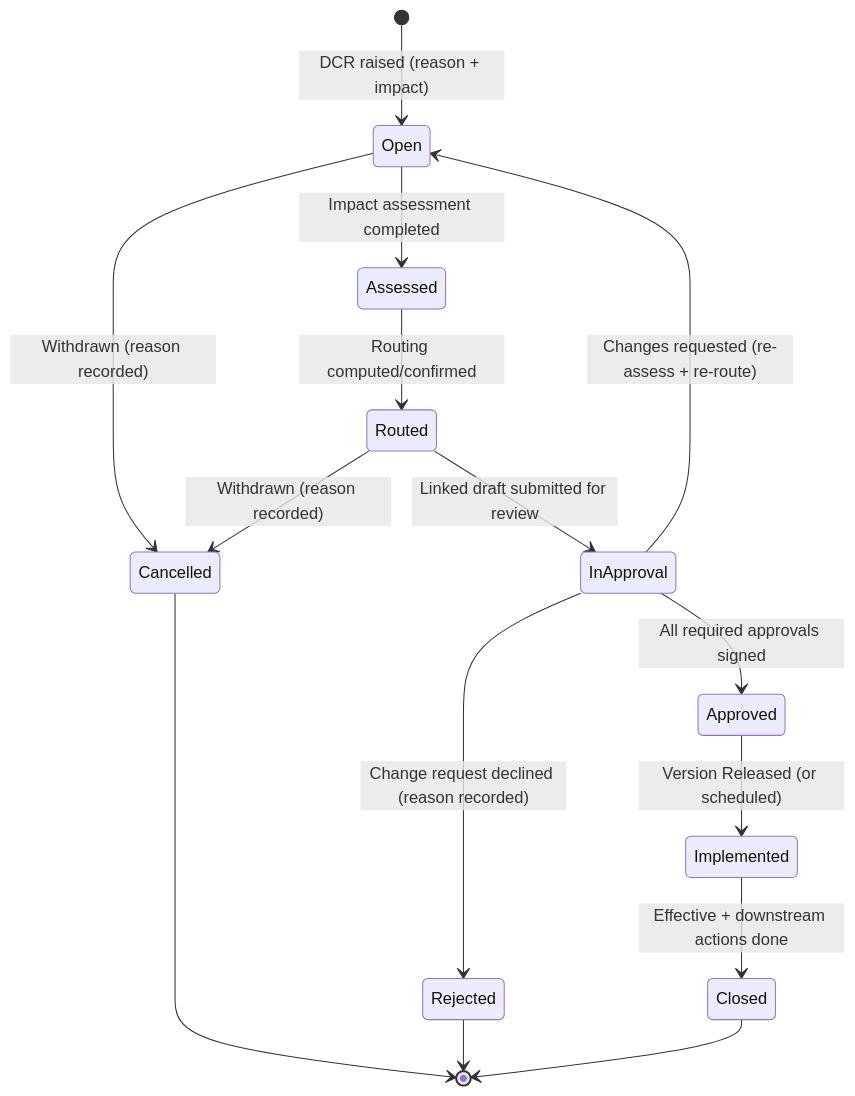
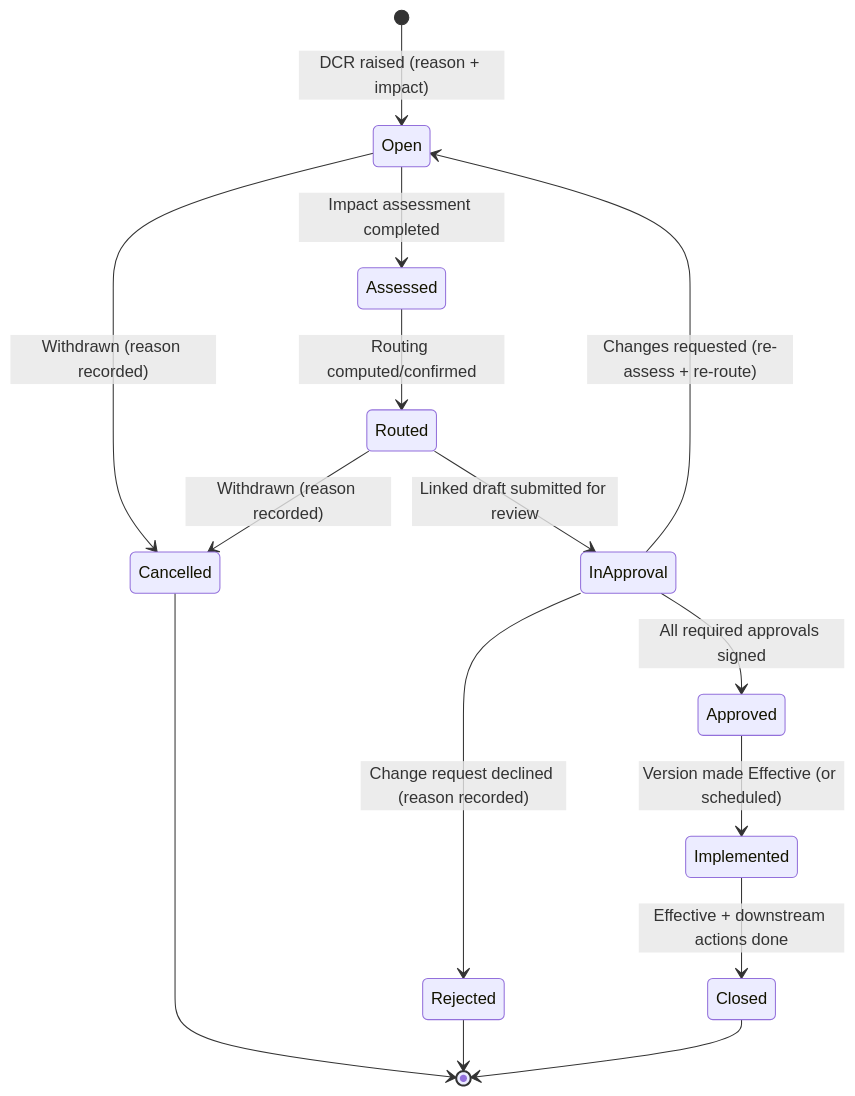
One commit to CoJoA13/EasySynQ changed the fifth of 6 diagrams in docs/05-revision-and-drift.md. Above: the diagram before and after it, drawn with Mermaid. The commit also changed other lines of this file and 43 other files, not shown here.

````diff
--- a/docs/05-revision-and-drift.md
+++ b/docs/05-revision-and-drift.md
@@ -344,17 +362,17 @@
 ```mermaid
 stateDiagram-v2
     [*] --> Open: DCR raised (reason + impact)
     Open --> Assessed: Impact assessment completed
     Assessed --> Routed: Routing computed/confirmed
     Routed --> InApproval: Linked draft submitted for review
     InApproval --> Open: Changes requested (re-assess + re-route)
     InApproval --> Approved: All required approvals signed
-    Approved --> Implemented: Version Released (or scheduled)
+    Approved --> Implemented: Version made Effective (or scheduled)
     Implemented --> Closed: Effective + downstream actions done
     Open --> Cancelled: Withdrawn (reason recorded)
     Routed --> Cancelled: Withdrawn (reason recorded)
     InApproval --> Rejected: Change request declined (reason recorded)
     Cancelled --> [*]
     Rejected --> [*]
     Closed --> [*]
 ```
````
